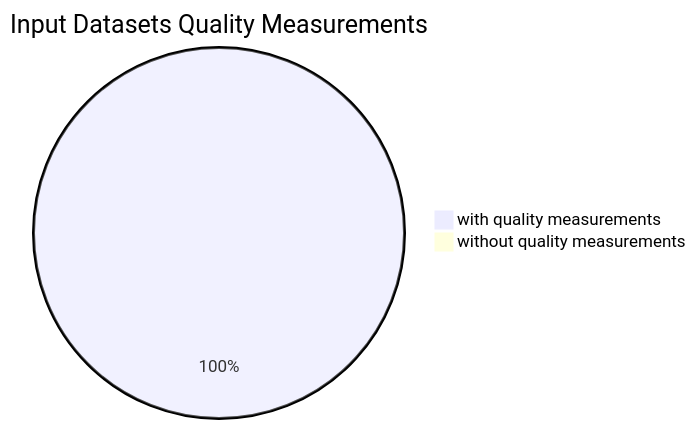
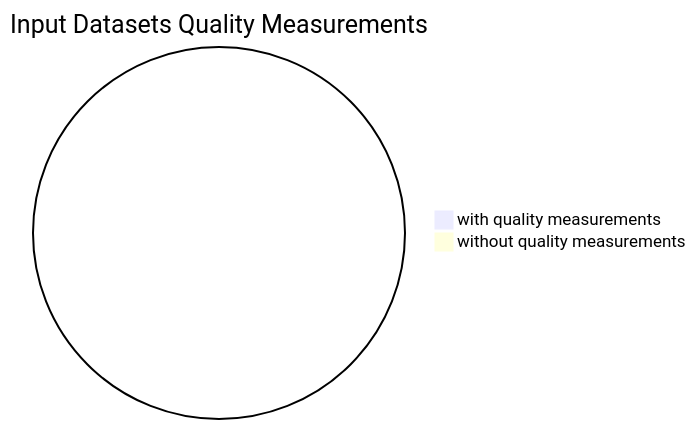
One commit to uuidea/simple_data_catalog changed the second of 2 diagrams in modules/dataset/pages/herrcgre.adoc. Above: the diagram before and after it, drawn with Mermaid. The commit also changed other lines of this file and 34 other files, not shown here.

```diff
--- a/modules/dataset/pages/herrcgre.adoc
+++ b/modules/dataset/pages/herrcgre.adoc
@@ -54,7 +52,7 @@
 [mermaid, supply-chain-analysis, svg]
 ---- 
 pie
     title Input Datasets Quality Measurements
-    "with quality measurements" : 1
+    "with quality measurements" : 0
     "without quality measurements" : 0
 ----
```
